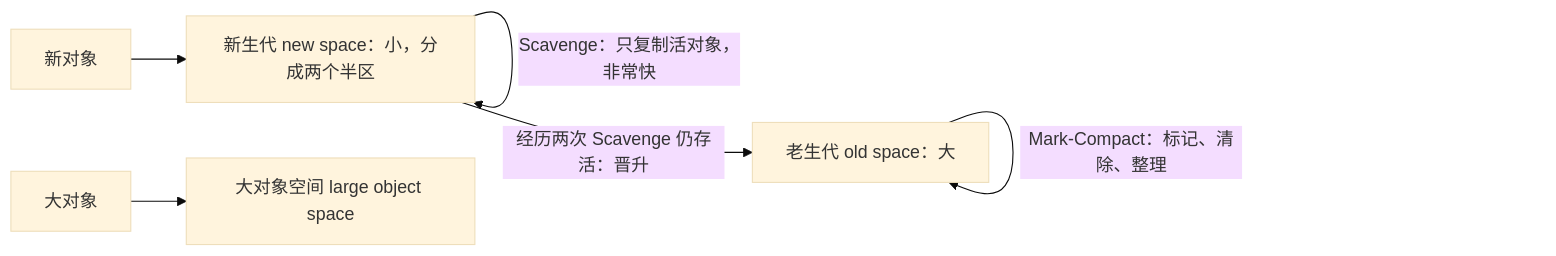
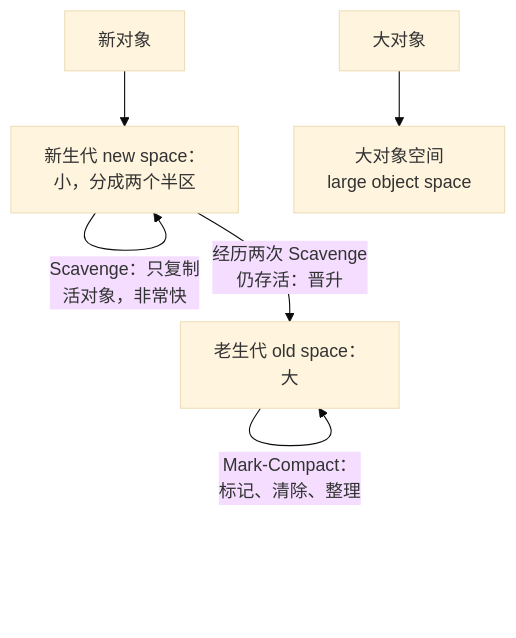
One commit to jarvis-pro/hatch-shelf changed the first of 3 diagrams in books/ts-node-advanced/06-memory-gc-leaks.md. Above: the diagram before and after it, drawn with Mermaid (base theme). The commit also changed other lines of this file and 432 other files, not shown here.

````diff
--- a/books/ts-node-advanced/06-memory-gc-leaks.md
+++ b/books/ts-node-advanced/06-memory-gc-leaks.md
@@ -28,8 +28,8 @@
 ```mermaid
-flowchart LR
-  N["新对象"] --> Y["新生代 new space：小，分成两个半区"]
-  Y -->|"Scavenge：只复制活对象，非常快"| Y
-  Y -->|"经历两次 Scavenge 仍存活：晋升"| O["老生代 old space：大"]
-  O -->|"Mark-Compact：标记、清除、整理"| O
-  L["大对象"] --> LO["大对象空间 large object space"]
+flowchart TD
+  N["新对象"] --> Y["新生代 new space：<br/>小，分成两个半区"]
+  Y -->|"Scavenge：只复制<br/>活对象，非常快"| Y
+  Y -->|"经历两次 Scavenge<br/>仍存活：晋升"| O["老生代 old space：<br/>大"]
+  O -->|"Mark-Compact：<br/>标记、清除、整理"| O
+  L["大对象"] --> LO["大对象空间<br/>large object space"]
 ```
````
